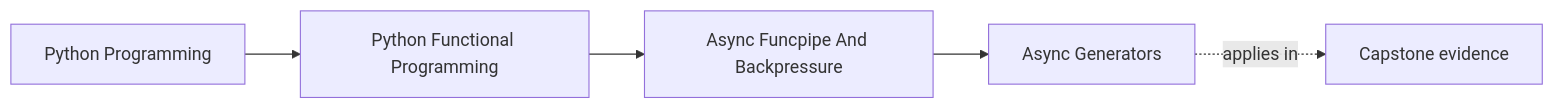
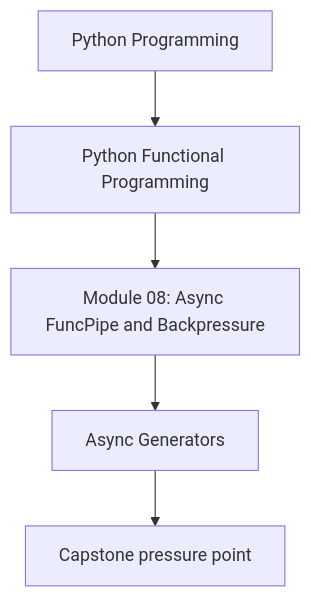
The first of 2 diagrams in programs/python-programming/python-functional-programming/course-book/module-08-async-funcpipe-and-backpressure/async-generators.md (bijux/bijux-masterclass), drawn with Mermaid before and after one commit. The commit also changed other lines of this file and 118 other files, not shown here.

Commit message:
docs(python-functional-programming): align concept page diagrams

````diff
--- a/programs/python-programming/python-functional-programming/course-book/module-08-async-funcpipe-and-backpressure/async-generators.md
+++ b/programs/python-programming/python-functional-programming/course-book/module-08-async-funcpipe-and-backpressure/async-generators.md
@@ -7,11 +7,7 @@
 ```mermaid
-graph LR
-  family["Python Programming"]
-  program["Python Functional Programming"]
-  section["Async Funcpipe And Backpressure"]
-  page["Async Generators"]
-  capstone["Capstone evidence"]
-
-  family --> program --> section --> page
-  page -.applies in.-> capstone
+flowchart TD
+  family["Python Programming"] --> program["Python Functional Programming"]
+  program --> module["Module 08: Async FuncPipe and Backpressure"]
+  module --> concept["Async Generators"]
+  concept --> capstone["Capstone pressure point"]
 ```
````
